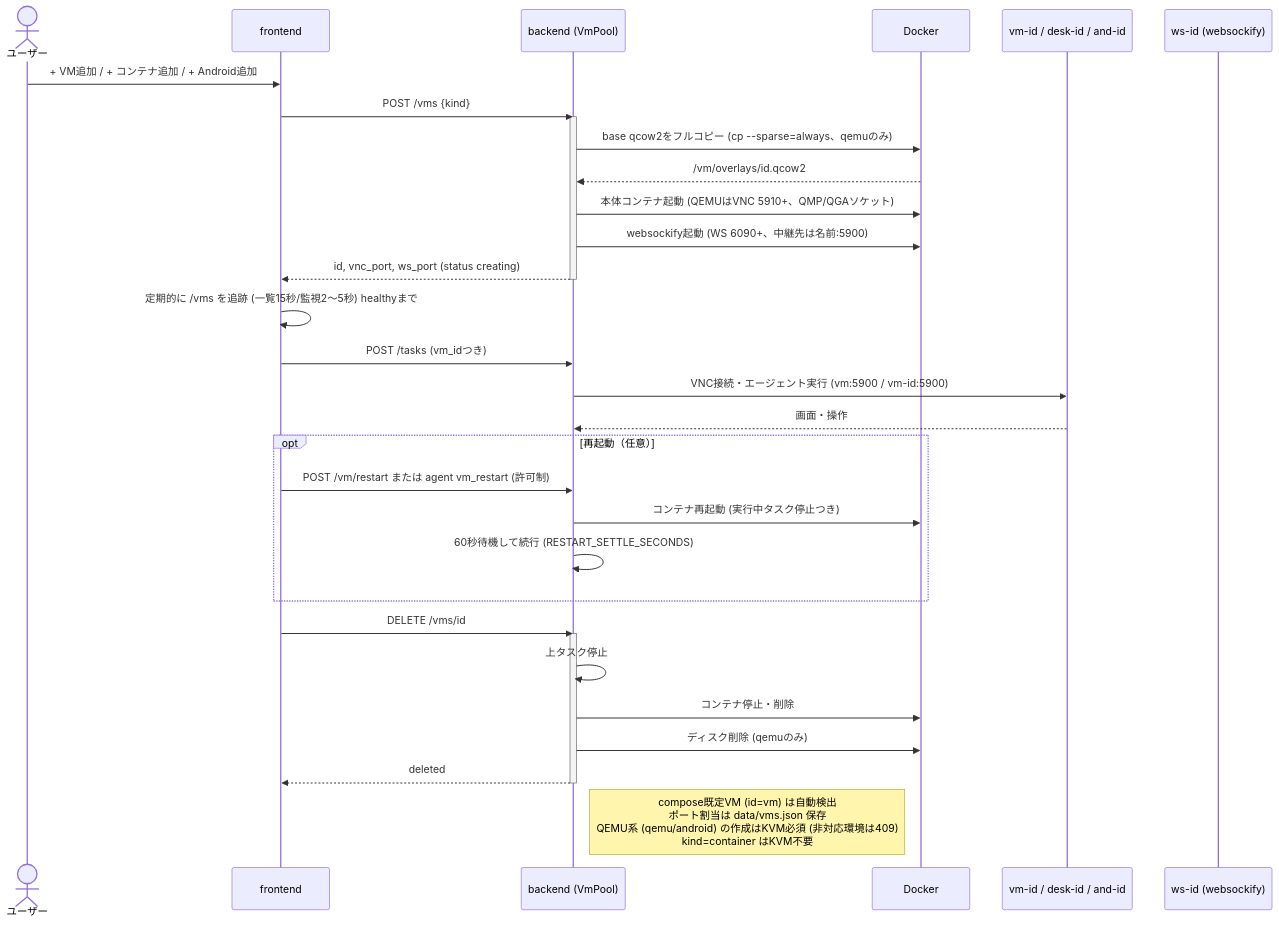
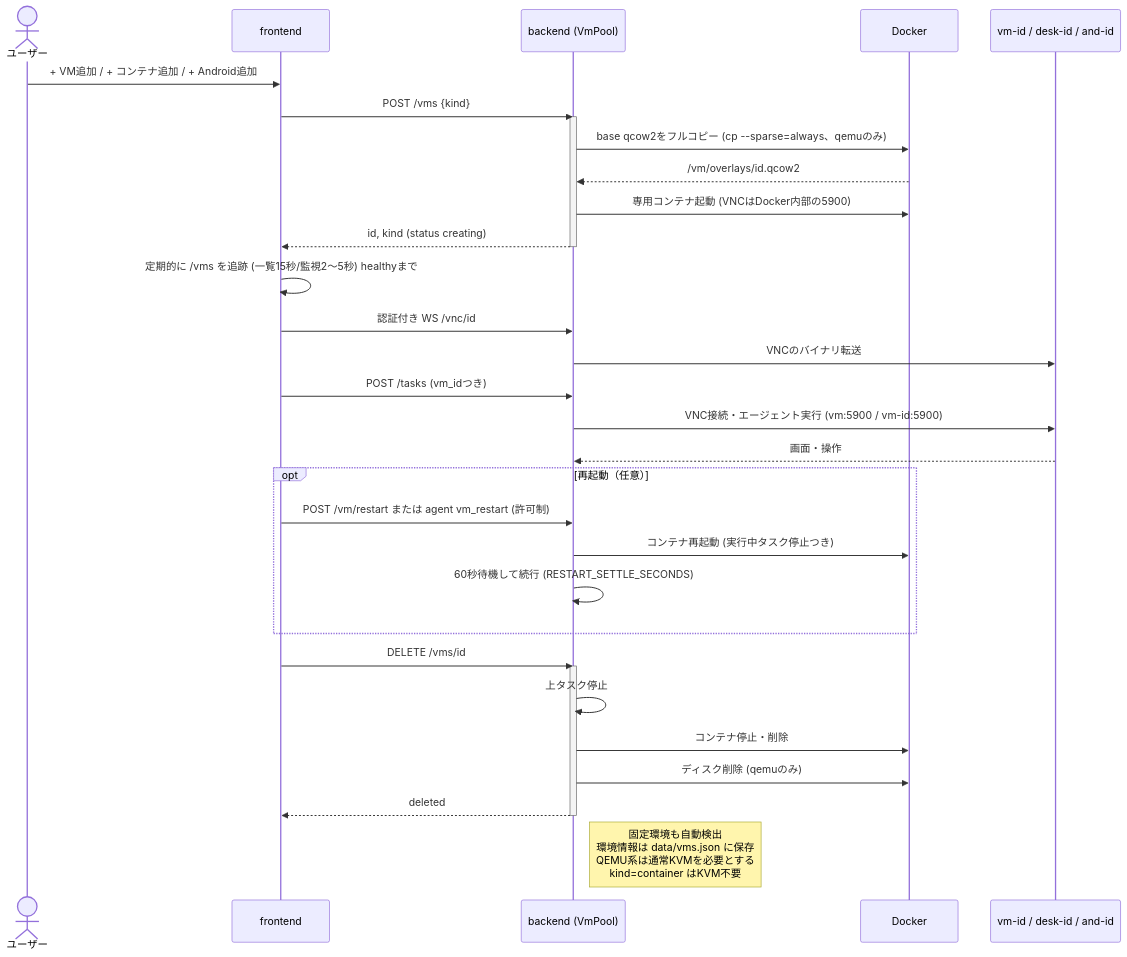
The fourth of 4 diagrams in docs/architecture.md (Milix-M/ai-desktop-agent), drawn with Mermaid before and after one commit. The commit also changed other lines of this file and 4 other files, not shown here.

````diff
--- a/docs/architecture.md
+++ b/docs/architecture.md
@@ -313,35 +310,35 @@
 ```mermaid
 sequenceDiagram
     actor U as ユーザー
     participant FE as frontend
     participant POOL as backend (VmPool)
     participant DOCKER as Docker
     participant VM as vm-id / desk-id / and-id
-    participant WS as ws-id (websockify)
     U->>FE: + VM追加 / + コンテナ追加 / + Android追加
     FE->>POOL: POST /vms {kind}
     activate POOL
     POOL->>DOCKER: base qcow2をフルコピー (cp --sparse=always、qemuのみ)
     DOCKER-->>POOL: /vm/overlays/id.qcow2
-    POOL->>DOCKER: 本体コンテナ起動 (QEMUはVNC 5910+、QMP/QGAソケット)
-    POOL->>DOCKER: websockify起動 (WS 6090+、中継先は名前:5900)
-    POOL-->>FE: id, vnc_port, ws_port (status creating)
+    POOL->>DOCKER: 専用コンテナ起動 (VNCはDocker内部の5900)
+    POOL-->>FE: id, kind (status creating)
     deactivate POOL
     FE->>FE: 定期的に /vms を追跡 (一覧15秒/監視2〜5秒) healthyまで
+    FE->>POOL: 認証付き WS /vnc/id
+    POOL->>VM: VNCのバイナリ転送
     FE->>POOL: POST /tasks (vm_idつき)
     POOL->>VM: VNC接続・エージェント実行 (vm:5900 / vm-id:5900)
     VM-->>POOL: 画面・操作
     opt 再起動（任意）
         FE->>POOL: POST /vm/restart または agent vm_restart (許可制)
         POOL->>DOCKER: コンテナ再起動 (実行中タスク停止つき)
         POOL->>POOL: 60秒待機して続行 (RESTART_SETTLE_SECONDS)
     end
     FE->>POOL: DELETE /vms/id
     activate POOL
     POOL->>POOL: 上タスク停止
     POOL->>DOCKER: コンテナ停止・削除
     POOL->>DOCKER: ディスク削除 (qemuのみ)
     POOL-->>FE: deleted
     deactivate POOL
-    Note right of POOL: compose既定VM (id=vm) は自動検出<br/>ポート割当は data/vms.json 保存<br/>QEMU系 (qemu/android) の作成はKVM必須 (非対応環境は409)<br/>kind=container はKVM不要
+    Note right of POOL: 固定環境も自動検出<br/>環境情報は data/vms.json に保存<br/>QEMU系は通常KVMを必要とする<br/>kind=container はKVM不要
 ```
````
